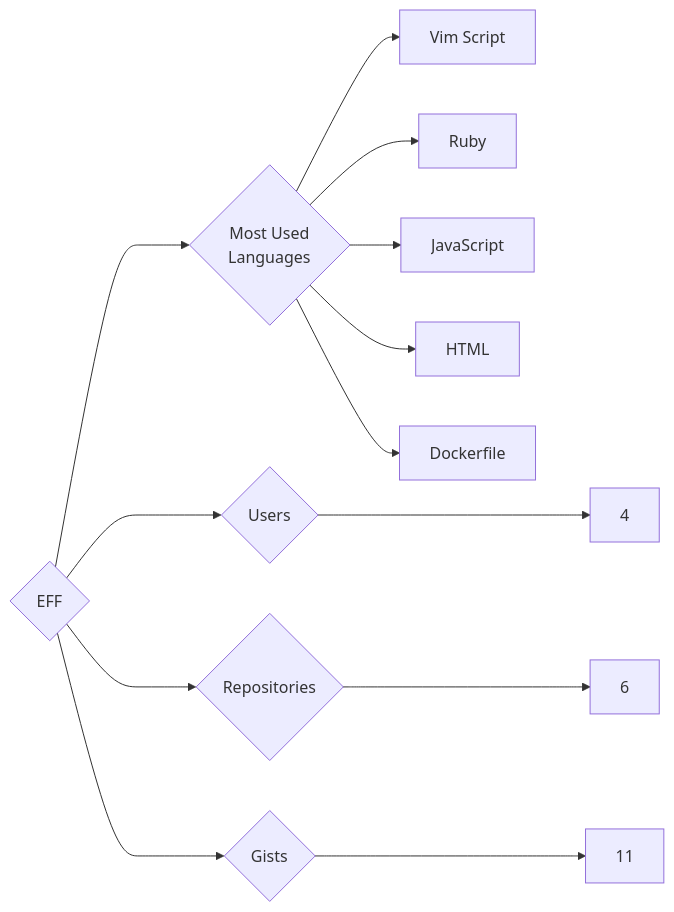
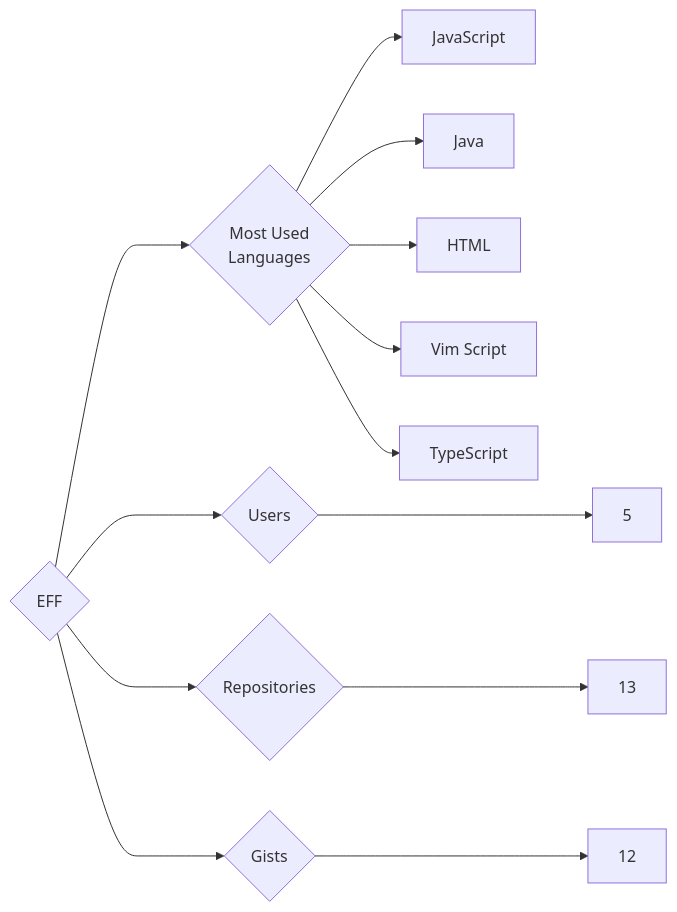
The diagram in targets/EFF/README.md (trickest/insiders), drawn with Mermaid before and after one commit. The commit also changed 752 other files, not shown here.

````diff
--- a/targets/EFF/README.md
+++ b/targets/EFF/README.md
@@ -3,13 +3,13 @@
 ```mermaid
 graph LR
 COMPANY_NAME{EFF}
-COMPANY_NAME ---> U{Users} ---> UN[4]
-COMPANY_NAME ---> R{Repositories} ---> RN[6]
-COMPANY_NAME ---> G{Gists} ---> GN[11]
+COMPANY_NAME ---> U{Users} ---> UN[5]
+COMPANY_NAME ---> R{Repositories} ---> RN[13]
+COMPANY_NAME ---> G{Gists} ---> GN[12]
 COMPANY_NAME ---> ML{Most Used<br>Languages}
+ML --> JavaScript[JavaScript]
+ML --> Java[Java]
+ML --> HTML[HTML]
 ML --> Vim_Script[Vim Script]
-ML --> Ruby[Ruby]
-ML --> JavaScript[JavaScript]
-ML --> HTML[HTML]
-ML --> Dockerfile[Dockerfile]
+ML --> TypeScript[TypeScript]
 ```
````
